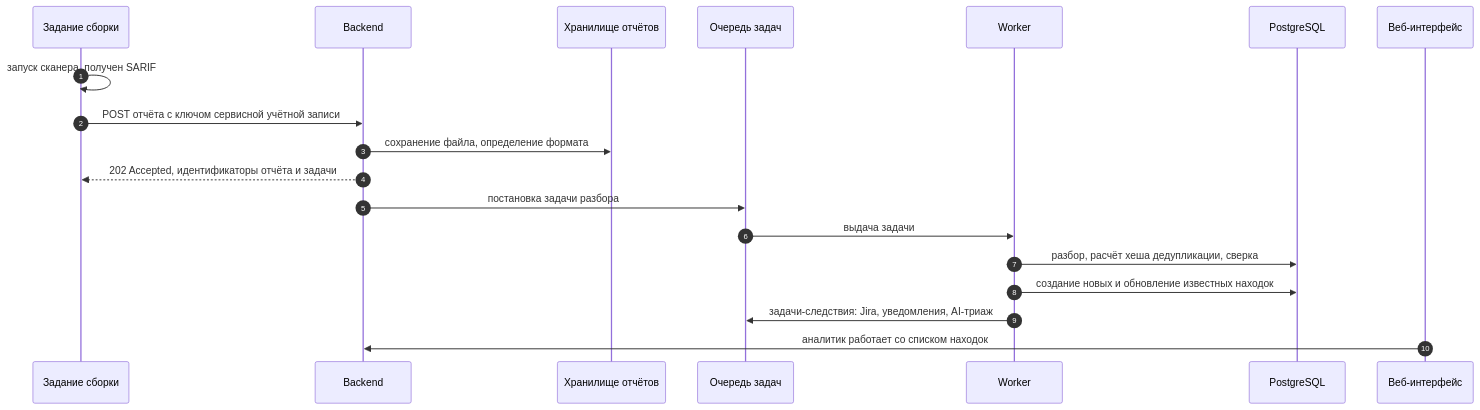
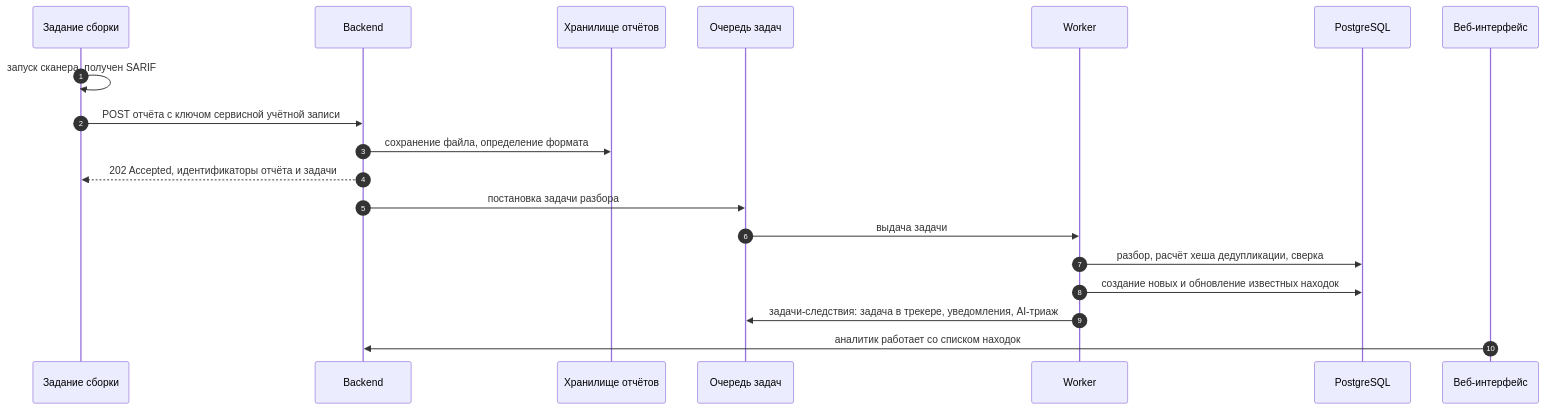
Before and after one commit to s3m4rgl/hub-docs: the second of 8 diagrams in docs/use-cases.md, drawn with Mermaid. The commit also changed other lines of this file and 5 other files, not shown here.

````diff
--- a/docs/use-cases.md
+++ b/docs/use-cases.md
@@ -77,22 +77,22 @@
 ```mermaid
 sequenceDiagram
     autonumber
     participant CI as Задание сборки
     participant API as Backend
     participant FS as Хранилище отчётов
     participant Q as Очередь задач
     participant W as Worker
     participant DB as PostgreSQL
     participant UI as Веб-интерфейс
 
     CI->>CI: запуск сканера, получен SARIF
     CI->>API: POST отчёта с ключом сервисной учётной записи
     API->>FS: сохранение файла, определение формата
     API-->>CI: 202 Accepted, идентификаторы отчёта и задачи
     API->>Q: постановка задачи разбора
     Q->>W: выдача задачи
     W->>DB: разбор, расчёт хеша дедупликации, сверка
     W->>DB: создание новых и обновление известных находок
-    W->>Q: задачи-следствия: Jira, уведомления, AI-триаж
+    W->>Q: задачи-следствия: задача в трекере, уведомления, AI-триаж
     UI->>API: аналитик работает со списком находок
 ```
````
